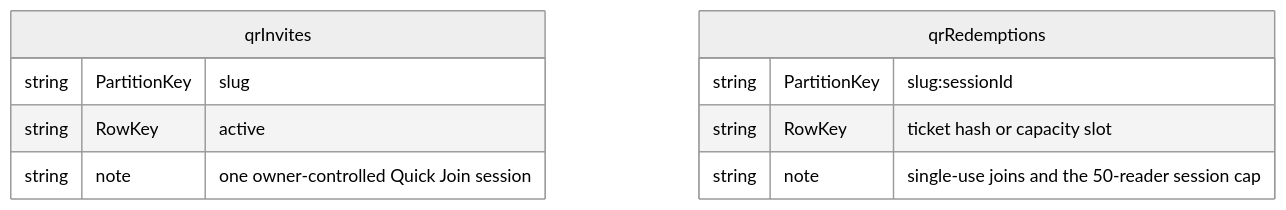
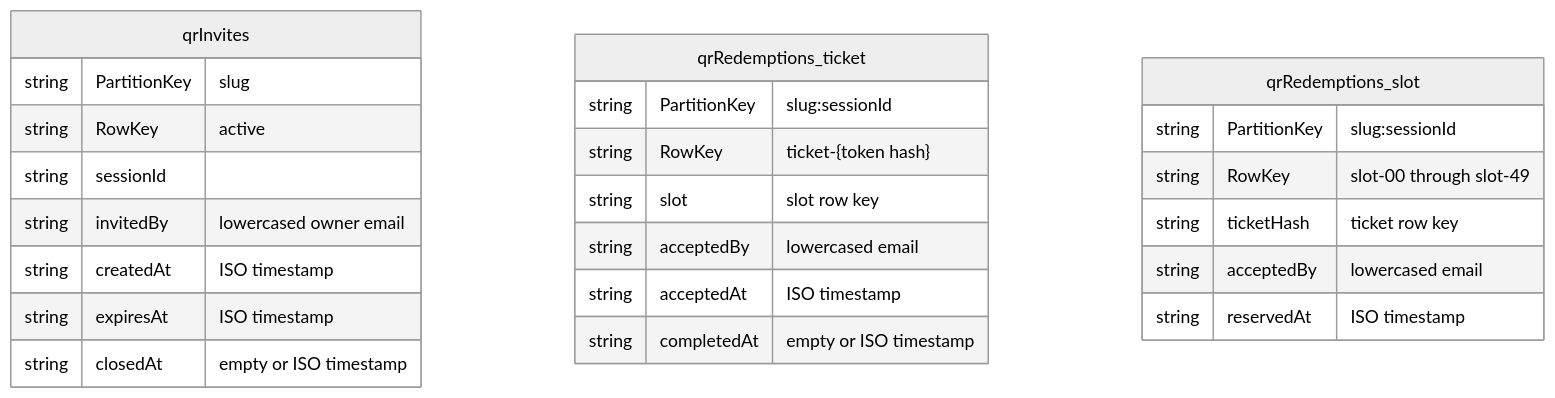
Before and after one commit to kurtzeborn/mission-journal: the tenth of 18 diagrams in docs/architecture.md, drawn with Mermaid (neutral theme). The commit also changed other lines of this file, not shown here.

First line of the commit message:
Clarify table architecture diagrams

````diff
--- a/docs/architecture.md
+++ b/docs/architecture.md
@@ -207,13 +252,27 @@
 ```mermaid
 erDiagram
     qrInvites {
         string PartitionKey "slug"
         string RowKey "active"
-        string note "one owner-controlled Quick Join session"
+        string sessionId
+        string invitedBy "lowercased owner email"
+        string createdAt "ISO timestamp"
+        string expiresAt "ISO timestamp"
+        string closedAt "empty or ISO timestamp"
     }
-    qrRedemptions {
+    qrRedemptions_ticket {
         string PartitionKey "slug:sessionId"
-        string RowKey "ticket hash or capacity slot"
-        string note "single-use joins and the 50-reader session cap"
+        string RowKey "ticket-{token hash}"
+        string slot "slot row key"
+        string acceptedBy "lowercased email"
+        string acceptedAt "ISO timestamp"
+        string completedAt "empty or ISO timestamp"
+    }
+    qrRedemptions_slot {
+        string PartitionKey "slug:sessionId"
+        string RowKey "slot-00 through slot-49"
+        string ticketHash "ticket row key"
+        string acceptedBy "lowercased email"
+        string reservedAt "ISO timestamp"
     }
 ```
````
